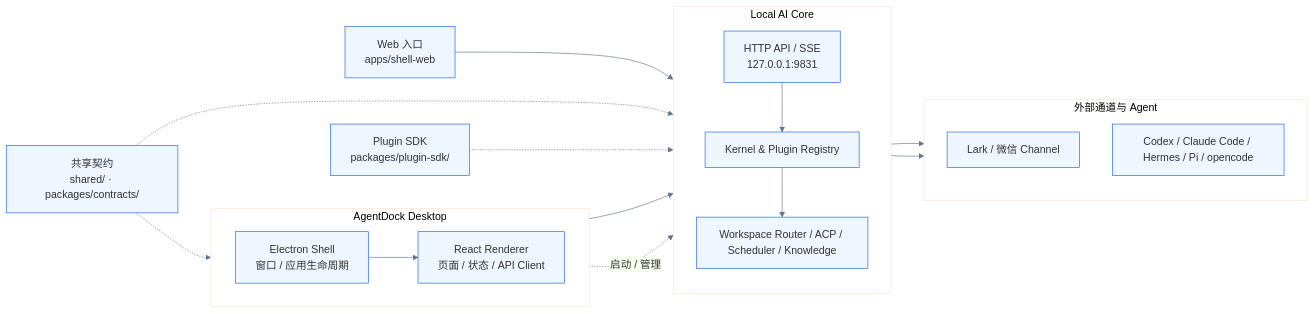
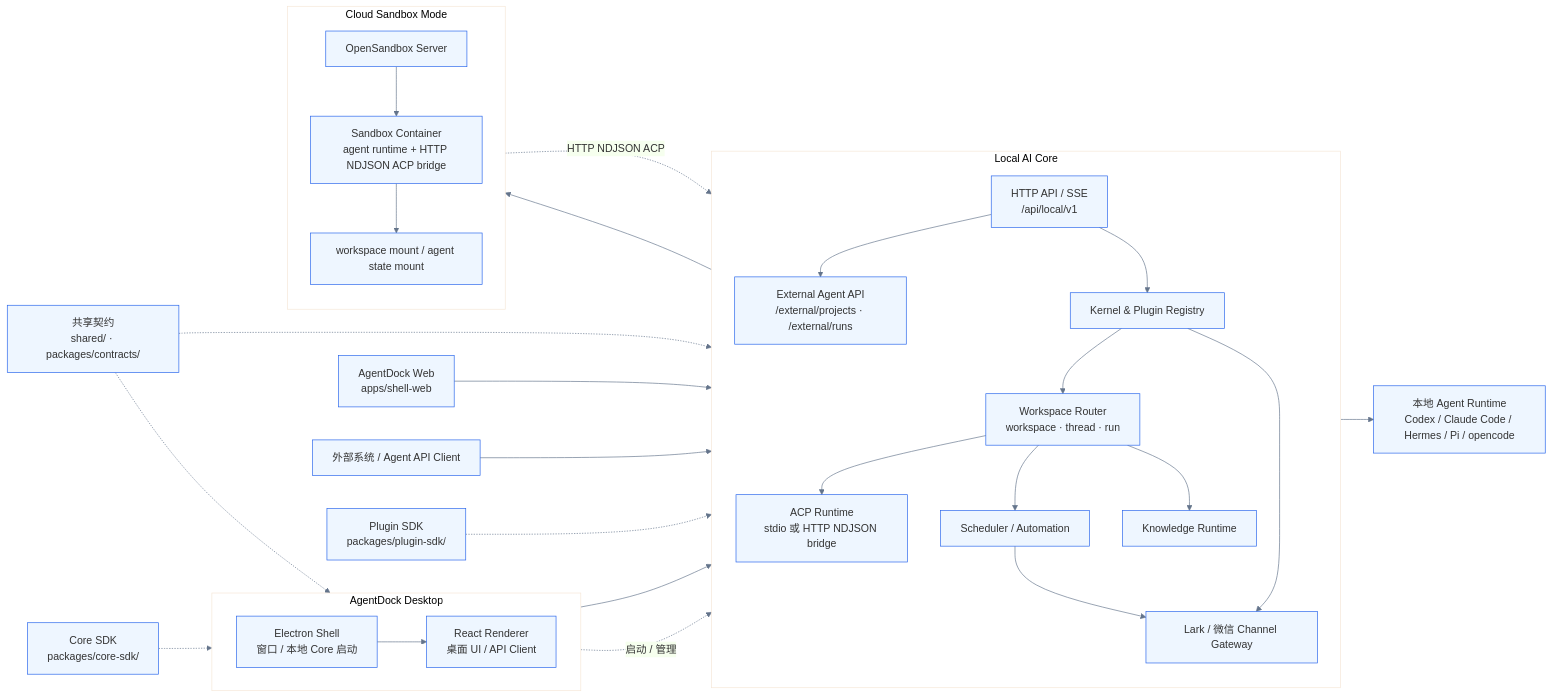
Before and after one commit to helloimcx/agentdock: the diagram in README.md, drawn with Mermaid. The commit also changed other lines of this file and 3 other files, not shown here.

````diff
--- a/README.md
+++ b/README.md
@@ -18,46 +18,65 @@
 ```mermaid
 ---
 config:
   theme: base
   themeVariables:
     primaryColor: "#eef6ff"
     primaryBorderColor: "#2563eb"
     lineColor: "#64748b"
     textColor: "#0f172a"
 ---
 flowchart LR
-  Web["Web 入口<br/>apps/shell-web"]
+  Web["AgentDock Web<br/>apps/shell-web"]
+  External["外部系统 / Agent API Client"]
 
   subgraph Desktop["AgentDock Desktop"]
     direction LR
-    Electron["Electron Shell<br/>窗口 / 应用生命周期"]
-    Renderer["React Renderer<br/>页面 / 状态 / API Client"]
+    Electron["Electron Shell<br/>窗口 / 本地 Core 启动"]
+    Renderer["React Renderer<br/>桌面 UI / API Client"]
   end
 
   subgraph Core["Local AI Core"]
     direction TB
-    CoreApi["HTTP API / SSE<br/>127.0.0.1:9831"]
+    CoreApi["HTTP API / SSE<br/>/api/local/v1"]
+    ExternalApi["External Agent API<br/>/external/projects · /external/runs"]
     Kernel["Kernel & Plugin Registry"]
-    Runtime["Workspace Router / ACP / Scheduler / Knowledge"]
+    Router["Workspace Router<br/>workspace · thread · run"]
+    Acp["ACP Runtime<br/>stdio 或 HTTP NDJSON bridge"]
+    Scheduler["Scheduler / Automation"]
+    Knowledge["Knowledge Runtime"]
+    Channels["Lark / 微信 Channel Gateway"]
   end
 
-  subgraph Integrations["外部通道与 Agent"]
+  subgraph Sandbox["Cloud Sandbox Mode"]
     direction TB
-    Channels["Lark / 微信 Channel"]
-    Agents["Codex / Claude Code / Hermes / Pi / opencode"]
+    OpenSandbox["OpenSandbox Server"]
+    Container["Sandbox Container<br/>agent runtime + HTTP NDJSON ACP bridge"]
+    State["workspace mount / agent state mount"]
   end
 
+  Agents["本地 Agent Runtime<br/>Codex / Claude Code / Hermes / Pi / opencode"]
   Contracts["共享契约<br/>shared/ · packages/contracts/"]
+  CoreSdk["Core SDK<br/>packages/core-sdk/"]
   PluginSdk["Plugin SDK<br/>packages/plugin-sdk/"]
 
   Web --> CoreApi
+  External --> ExternalApi
   Electron --> Renderer --> CoreApi
   Electron -.启动 / 管理.-> CoreApi
-  CoreApi --> Kernel --> Runtime
+  CoreApi --> ExternalApi
+  CoreApi --> Kernel --> Router
+  Router --> Acp
+  Router --> Scheduler
+  Router --> Knowledge
   Kernel --> Channels
-  Kernel --> Agents
+  Acp --> Agents
+  Acp --> OpenSandbox --> Container
+  Container --> State
+  Container -.HTTP NDJSON ACP.-> Acp
+  Scheduler --> Channels
 
   Contracts -.-> Renderer
   Contracts -.-> CoreApi
+  CoreSdk -.-> Renderer
   PluginSdk -.-> Kernel
 ```
````
